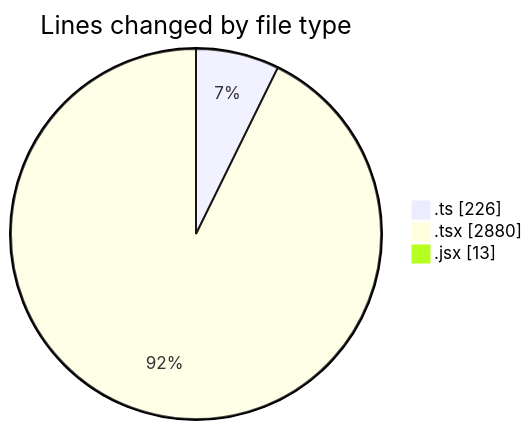
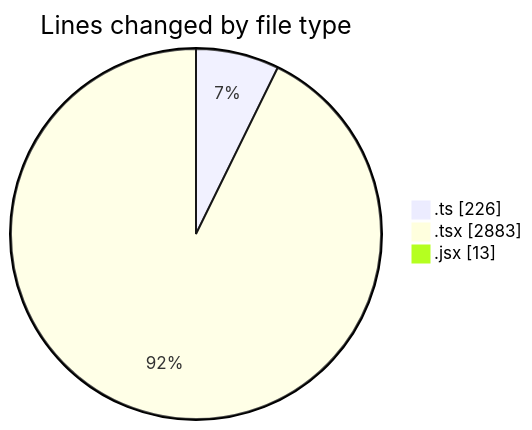
Before and after one commit to momahboobian/code-tracking: the first of 2 diagrams in 2025-12-02/cda/README.md, drawn with Mermaid. The commit also changed other lines of this file and 1 other file, not shown here.

````diff
--- a/2025-12-02/cda/README.md
+++ b/2025-12-02/cda/README.md
@@ -30,7 +30,7 @@
 ```mermaid
 pie showData
 title Lines changed by file type
 ".ts" : 226
-".tsx" : 2880
+".tsx" : 2883
 ".jsx" : 13
 ```
````
